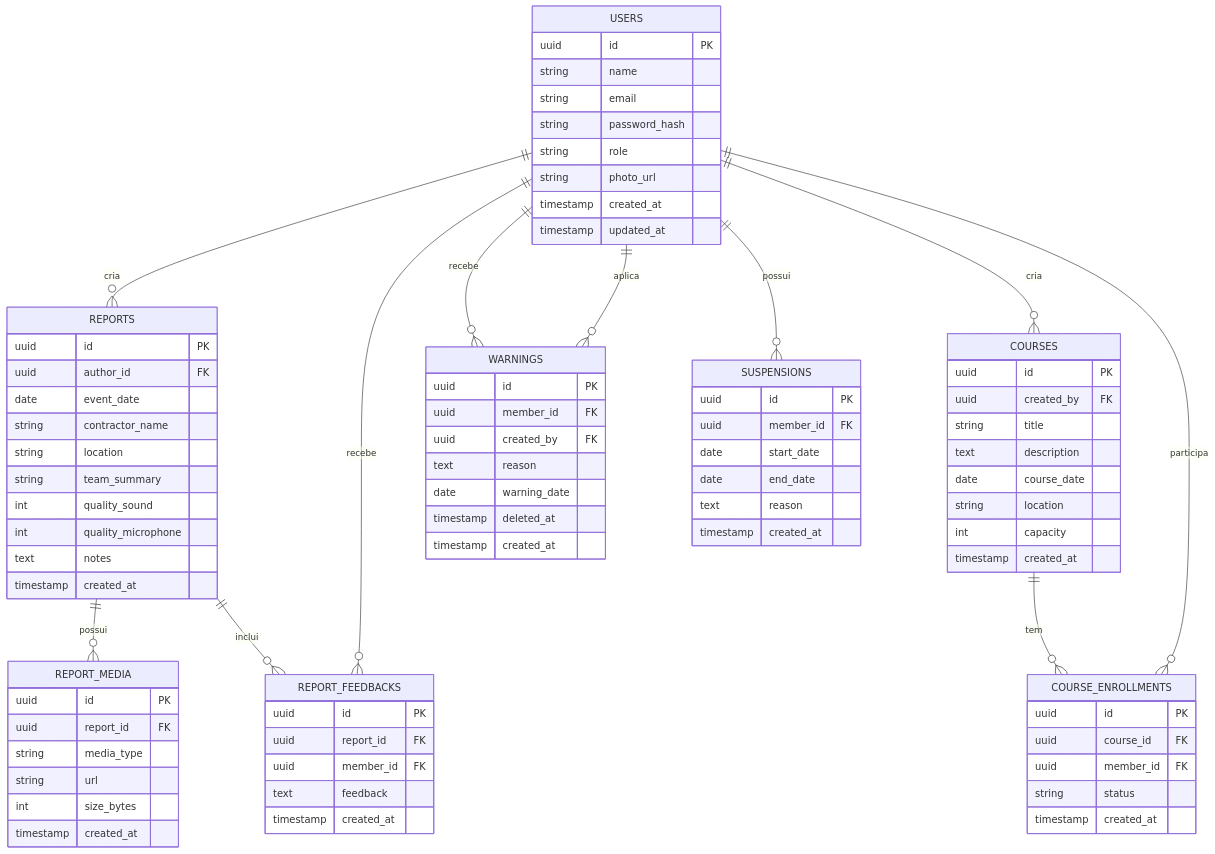
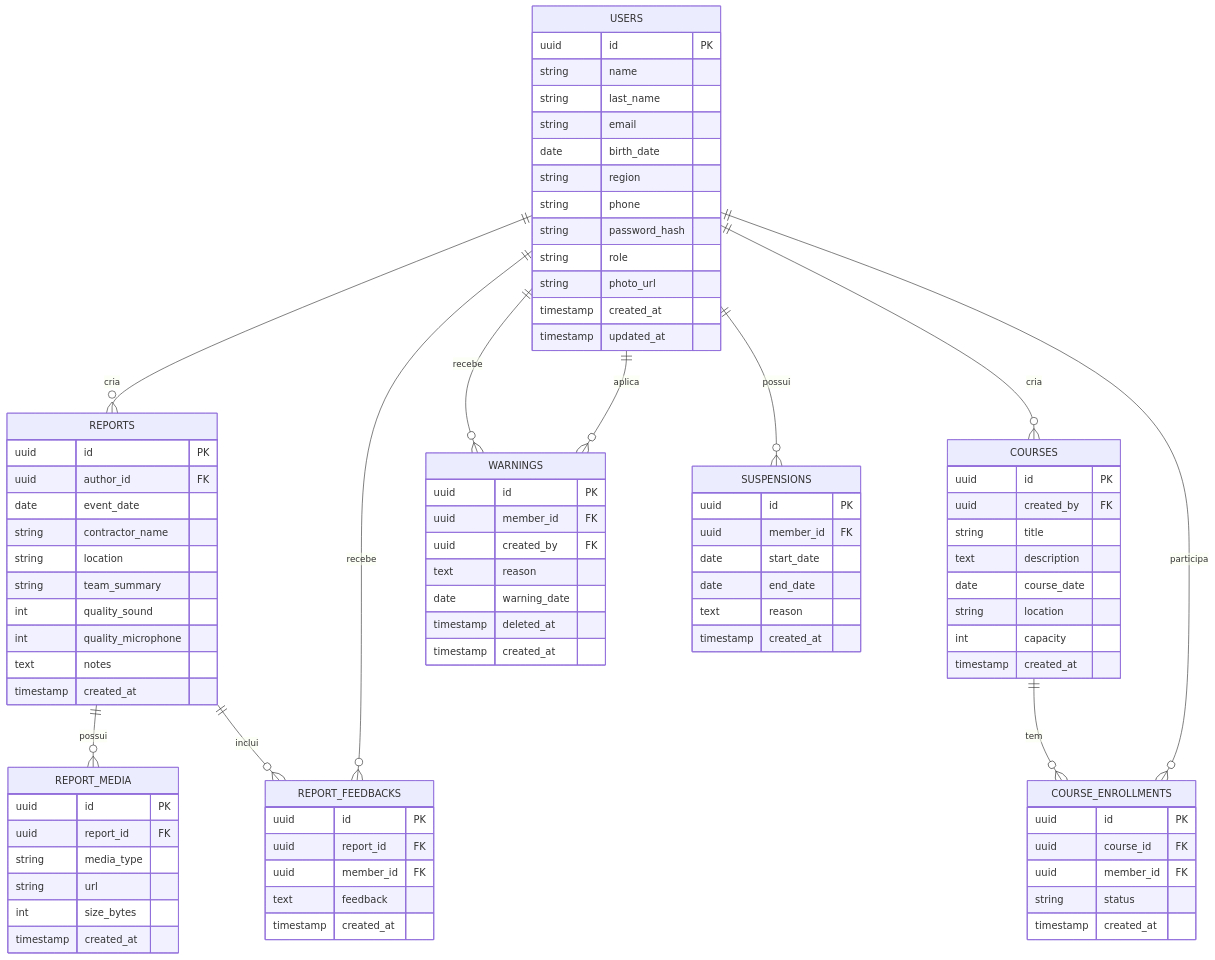
The diagram in docs/spec/03-modelo-dados.md (animacaoSoleLua/SistemaSL), drawn with Mermaid before and after one commit. The commit also changed other lines of this file and 37 other files, not shown here.

```diff
--- a/docs/spec/03-modelo-dados.md
+++ b/docs/spec/03-modelo-dados.md
@@ -25,7 +25,11 @@
     USERS {
         uuid id PK
         string name
+        string last_name
         string email
+        date birth_date
+        string region
+        string phone
         string password_hash
         string role
         string photo_url
```
